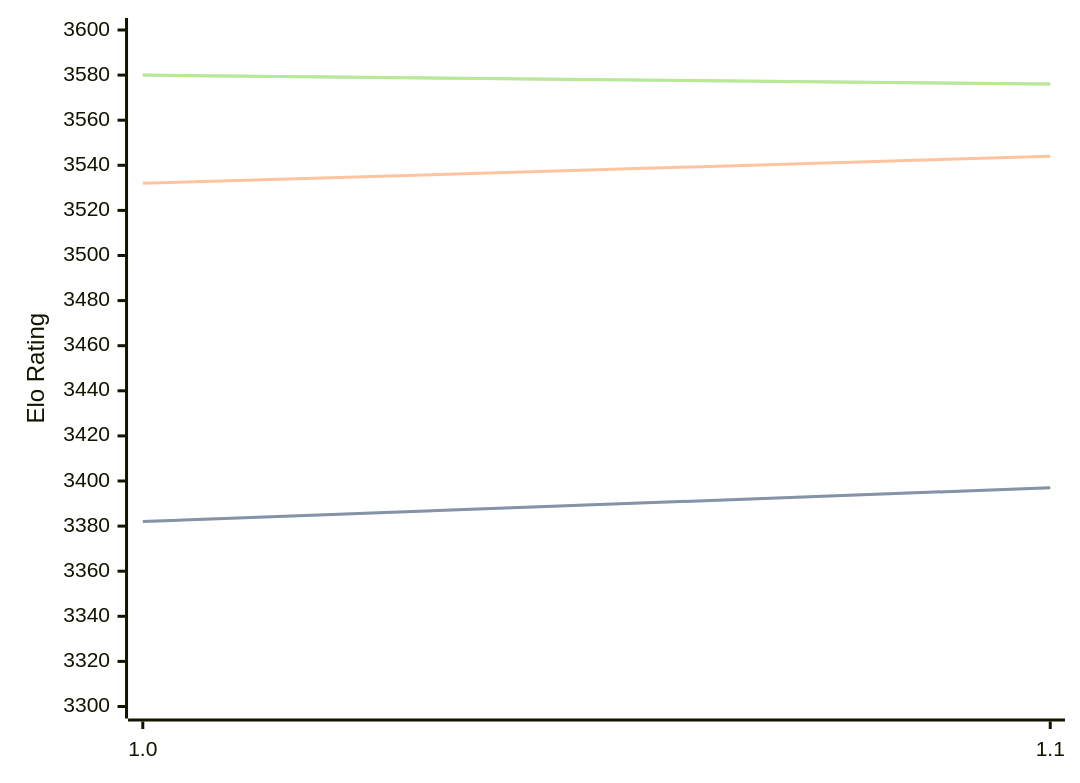
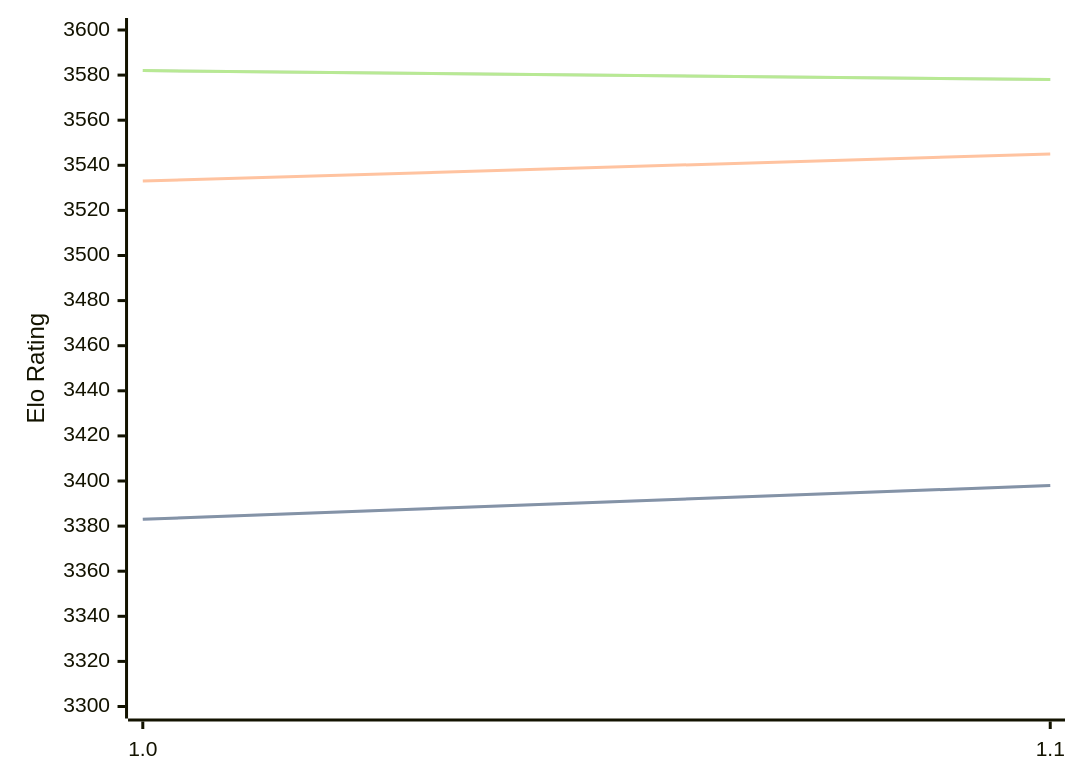
One commit to computer-chess-index/cci changed the diagram in engines/Horsie.md. Above: the diagram before and after it, drawn with Mermaid. The commit also changed other lines of this file, not shown here.

Commit message:
Update CCI Ratings (ELO VLTC) - 2026-05-12

````diff
--- a/engines/Horsie.md
+++ b/engines/Horsie.md
@@ -32,11 +32,11 @@
 ```mermaid
 %%{init: {"theme":"base","themeVariables":{"seriesColors:['#a3a3a3','#222221','#faa371']}}}%%
 xychart-beta
   x-axis ["1.0", "1.1"]
   y-axis "Elo Rating" 3300 --> 3600
-  line "STC (8.0+0.08s)" [3382, 3397]
-  line "STC (8.0+0.08s)" [3382, 3397]
-  line "LTC (60.0+0.60s)" [3532, 3544]
-  line "VLTC (2m24s+1.12s)" [3580, 3576]
-  line "VLTC (2m24s+1.12s)" [3580, 3576]
+  line "STC (8.0+0.08s)" [3383, 3398]
+  line "STC (8.0+0.08s)" [3383, 3398]
+  line "LTC (60.0+0.60s)" [3533, 3545]
+  line "VLTC (2m24s+1.12s)" [3582, 3578]
+  line "VLTC (2m24s+1.12s)" [3582, 3578]
 ```
````
